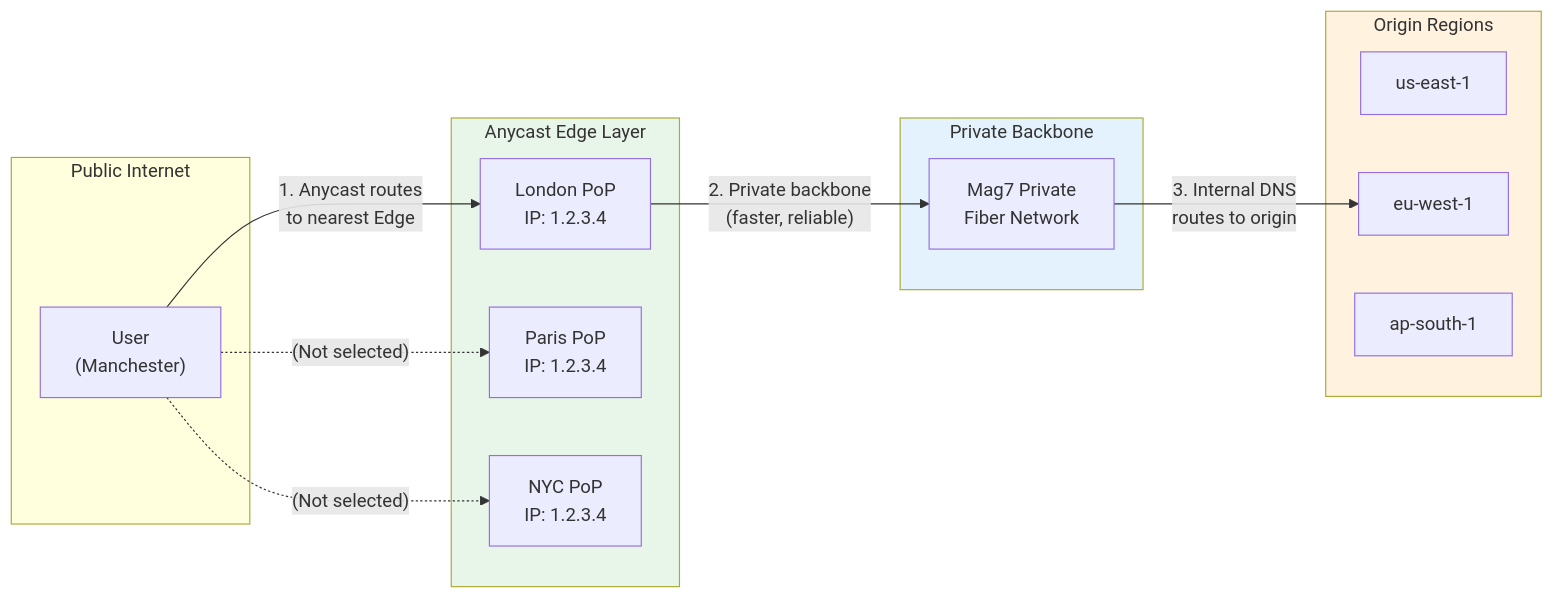
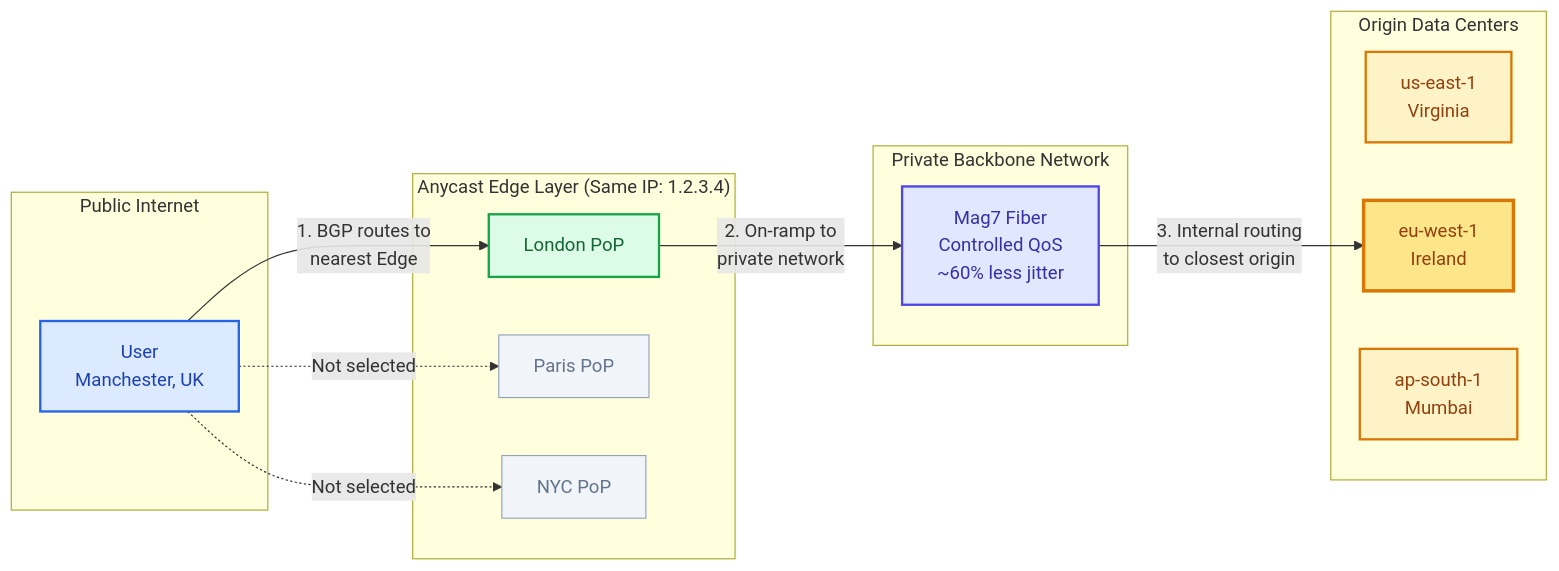
One commit to udaytamma/Cyrus changed the second of 2 diagrams in gemini-responses/geo-routing-20260120-1301.md. Above: the diagram before and after it, drawn with Mermaid. The commit also changed other lines of this file and 28 other files, not shown here.

First line of the commit message:
Upgrade Knowledge Base Mermaid diagrams to professional styling

````diff
--- a/gemini-responses/geo-routing-20260120-1301.md
+++ b/gemini-responses/geo-routing-20260120-1301.md
@@ -87,33 +103,43 @@
 ```mermaid
 flowchart LR
     subgraph Internet["Public Internet"]
-        User["User<br/>(Manchester)"]
+        User["User<br/>Manchester, UK"]
     end
 
-    subgraph Edge["Anycast Edge Layer"]
-        E1["London PoP<br/>IP: 1.2.3.4"]
-        E2["Paris PoP<br/>IP: 1.2.3.4"]
-        E3["NYC PoP<br/>IP: 1.2.3.4"]
+    subgraph Edge["Anycast Edge Layer (Same IP: 1.2.3.4)"]
+        E1["London PoP"]
+        E2["Paris PoP"]
+        E3["NYC PoP"]
     end
 
-    subgraph Backbone["Private Backbone"]
-        BB["Mag7 Private<br/>Fiber Network"]
+    subgraph Backbone["Private Backbone Network"]
+        BB["Mag7 Fiber<br/>Controlled QoS<br/>~60% less jitter"]
     end
 
-    subgraph Regions["Origin Regions"]
-        R1["us-east-1"]
-        R2["eu-west-1"]
-        R3["ap-south-1"]
+    subgraph Regions["Origin Data Centers"]
+        R1["us-east-1<br/>Virginia"]
+        R2["eu-west-1<br/>Ireland"]
+        R3["ap-south-1<br/>Mumbai"]
     end
 
-    User -->|"1. Anycast routes<br/>to nearest Edge"| E1
-    User -.->|"(Not selected)"| E2
-    User -.->|"(Not selected)"| E3
+    User -->|"1. BGP routes to<br/>nearest Edge"| E1
+    User -.->|"Not selected"| E2
+    User -.->|"Not selected"| E3
 
-    E1 -->|"2. Private backbone<br/>(faster, reliable)"| BB
-    BB -->|"3. Internal DNS<br/>routes to origin"| R2
+    E1 -->|"2. On-ramp to<br/>private network"| BB
+    BB -->|"3. Internal routing<br/>to closest origin"| R2
 
-    style Edge fill:#e8f5e9
-    style Backbone fill:#e3f2fd
-    style Regions fill:#fff3e0
+    classDef user fill:#dbeafe,stroke:#2563eb,color:#1e40af,stroke-width:2px
+    classDef edge fill:#dcfce7,stroke:#16a34a,color:#166534,stroke-width:2px
+    classDef edgeInactive fill:#f1f5f9,stroke:#94a3b8,color:#64748b,stroke-width:1px
+    classDef backbone fill:#e0e7ff,stroke:#4f46e5,color:#3730a3,stroke-width:2px
+    classDef region fill:#fef3c7,stroke:#d97706,color:#92400e,stroke-width:2px
+    classDef regionActive fill:#fde68a,stroke:#d97706,color:#92400e,stroke-width:3px
+
+    class User user
+    class E1 edge
+    class E2,E3 edgeInactive
+    class BB backbone
+    class R1,R3 region
+    class R2 regionActive
 ```
````
